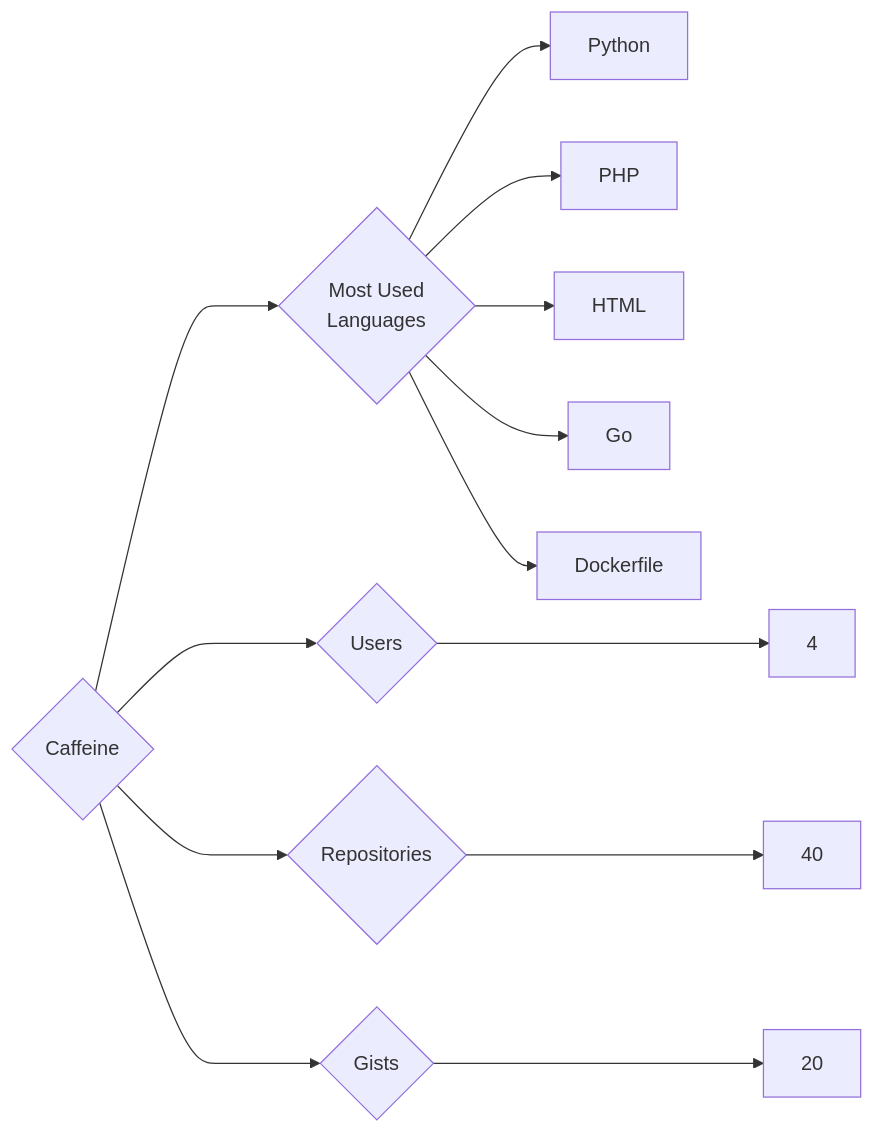
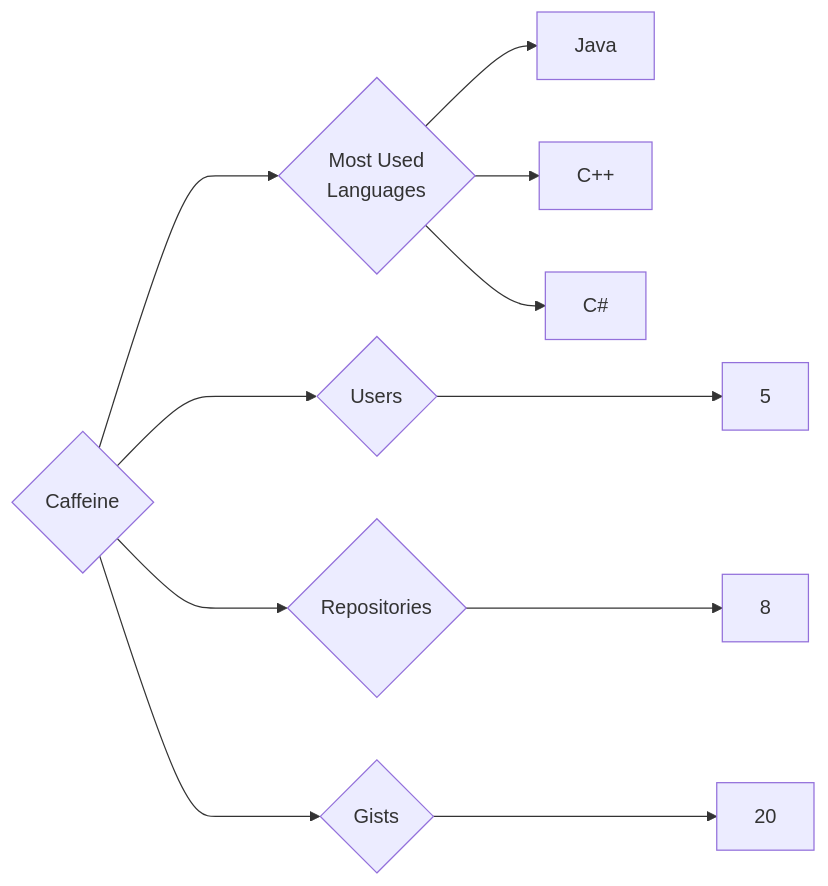
The diagram in targets/Caffeine/README.md (trickest/insiders), drawn with Mermaid before and after one commit. The commit also changed 1003 other files, not shown here.

````diff
--- a/targets/Caffeine/README.md
+++ b/targets/Caffeine/README.md
@@ -3,13 +3,11 @@
 ```mermaid
 graph LR
 COMPANY_NAME{Caffeine}
-COMPANY_NAME ---> U{Users} ---> UN[4]
-COMPANY_NAME ---> R{Repositories} ---> RN[40]
+COMPANY_NAME ---> U{Users} ---> UN[5]
+COMPANY_NAME ---> R{Repositories} ---> RN[8]
 COMPANY_NAME ---> G{Gists} ---> GN[20]
 COMPANY_NAME ---> ML{Most Used<br>Languages}
-ML --> Python[Python]
-ML --> PHP[PHP]
-ML --> HTML[HTML]
-ML --> Go[Go]
-ML --> Dockerfile[Dockerfile]
+ML --> Java[Java]
+ML --> C++[C++]
+ML --> C#[C#]
 ```
````
